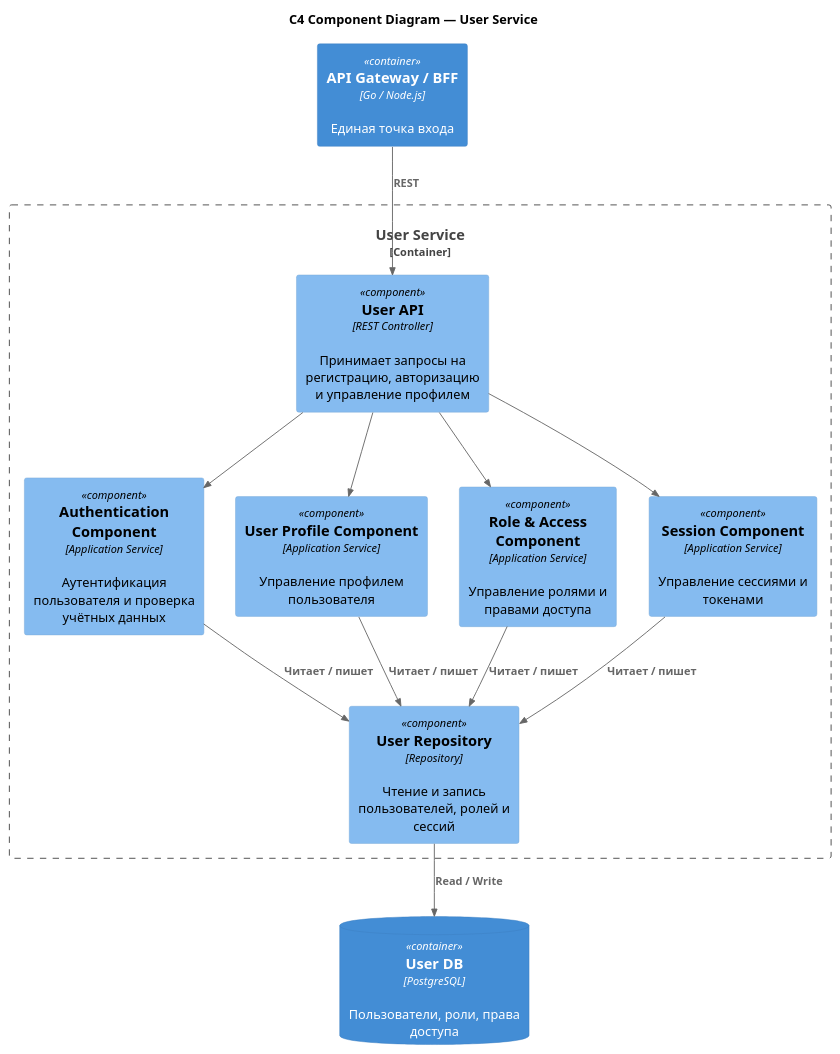
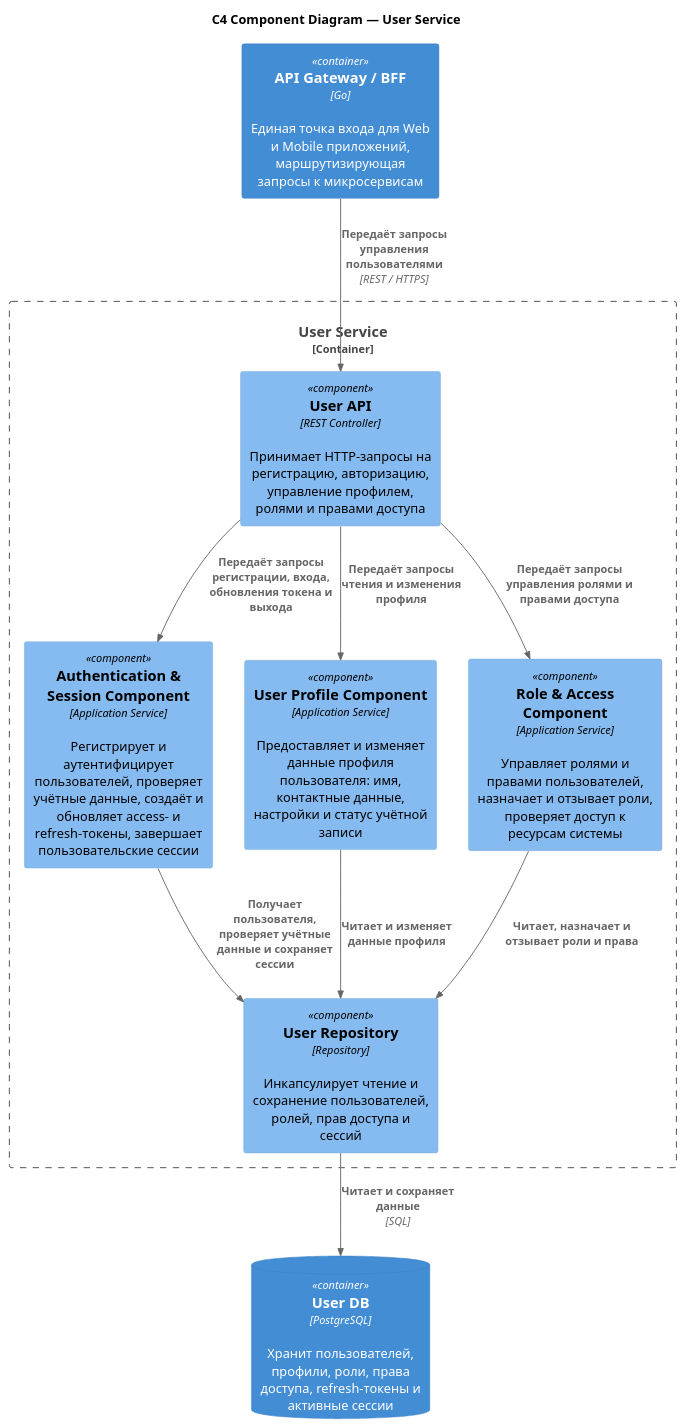
The diagram in diagrams/02-component-user.puml (KristinaKurian/architecture-warmhouse), drawn with PlantUML before and after one commit. The commit also changed 12 other files, not shown here.

```diff
--- a/diagrams/02-component-user.puml
+++ b/diagrams/02-component-user.puml
@@ -1,31 +1,29 @@
 @startuml
 !include <C4/C4_Component>
 
 title C4 Component Diagram — User Service
 
 Container_Boundary(userService, "User Service") {
-    Component(userApi, "User API", "REST Controller", "Принимает запросы на регистрацию, авторизацию и управление профилем")
-    Component(authComponent, "Authentication Component", "Application Service", "Аутентификация пользователя и проверка учётных данных")
-    Component(userProfileComponent, "User Profile Component", "Application Service", "Управление профилем пользователя")
-    Component(roleAccessComponent, "Role & Access Component", "Application Service", "Управление ролями и правами доступа")
-    Component(sessionComponent, "Session Component", "Application Service", "Управление сессиями и токенами")
-    Component(userRepository, "User Repository", "Repository", "Чтение и запись пользователей, ролей и сессий")
+    Component(userApi, "User API", "REST Controller", "Принимает HTTP-запросы на регистрацию, авторизацию, управление профилем, ролями и правами доступа")
+    Component(authComponent, "Authentication & Session Component", "Application Service", "Регистрирует и аутентифицирует пользователей, проверяет учётные данные, создаёт и обновляет access- и refresh-токены, завершает пользовательские сессии")
+    Component(userProfileComponent, "User Profile Component", "Application Service", "Предоставляет и изменяет данные профиля пользователя: имя, контактные данные, настройки и статус учётной записи")
+    Component(roleAccessComponent, "Role & Access Component", "Application Service", "Управляет ролями и правами пользователей, назначает и отзывает роли, проверяет доступ к ресурсам системы")
+    Component(userRepository, "User Repository", "Repository", "Инкапсулирует чтение и сохранение пользователей, ролей, прав доступа и сессий")
 }
 
-ContainerDb(userDb, "User DB", "PostgreSQL", "Пользователи, роли, права доступа")
-Container(apiGateway, "API Gateway / BFF", "Go / Node.js", "Единая точка входа")
+ContainerDb(userDb, "User DB", "PostgreSQL", "Хранит пользователей, профили, роли, права доступа, refresh-токены и активные сессии")
+Container(apiGateway, "API Gateway / BFF", "Go", "Единая точка входа для Web и Mobile приложений, маршрутизирующая запросы к микросервисам")
 
-Rel(apiGateway, userApi, "REST")
-Rel(userApi, authComponent, "")
-Rel(userApi, userProfileComponent, "")
-Rel(userApi, roleAccessComponent, "")
-Rel(userApi, sessionComponent, "")
+Rel(apiGateway, userApi, "Передаёт запросы управления пользователями", "REST / HTTPS")
 
-Rel(authComponent, userRepository, "Читает / пишет")
-Rel(userProfileComponent, userRepository, "Читает / пишет")
-Rel(roleAccessComponent, userRepository, "Читает / пишет")
-Rel(sessionComponent, userRepository, "Читает / пишет")
+Rel(userApi, authComponent, "Передаёт запросы регистрации, входа, обновления токена и выхода")
+Rel(userApi, userProfileComponent, "Передаёт запросы чтения и изменения профиля")
+Rel(userApi, roleAccessComponent, "Передаёт запросы управления ролями и правами доступа")
 
-Rel(userRepository, userDb, "Read / Write")
+Rel(authComponent, userRepository, "Получает пользователя, проверяет учётные данные и сохраняет сессии")
+Rel(userProfileComponent, userRepository, "Читает и изменяет данные профиля")
+Rel(roleAccessComponent, userRepository, "Читает, назначает и отзывает роли и права")
+
+Rel(userRepository, userDb, "Читает и сохраняет данные", "SQL")
 
 @enduml
```
